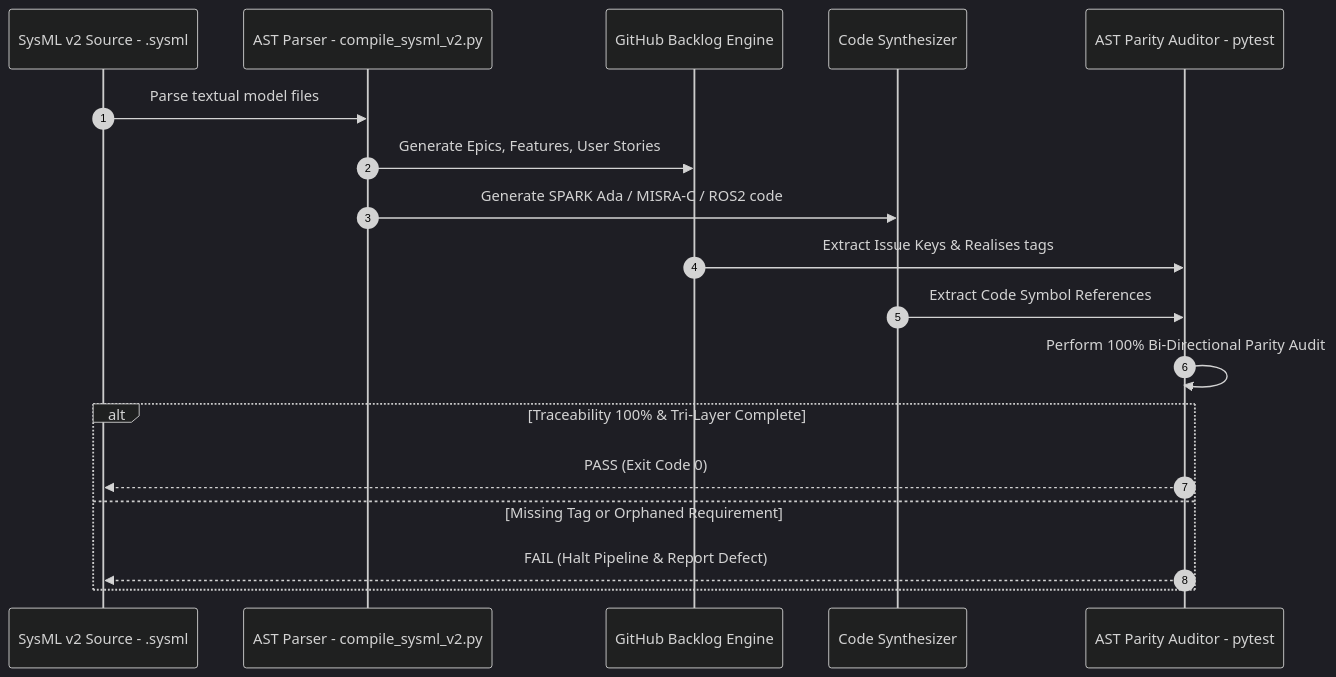
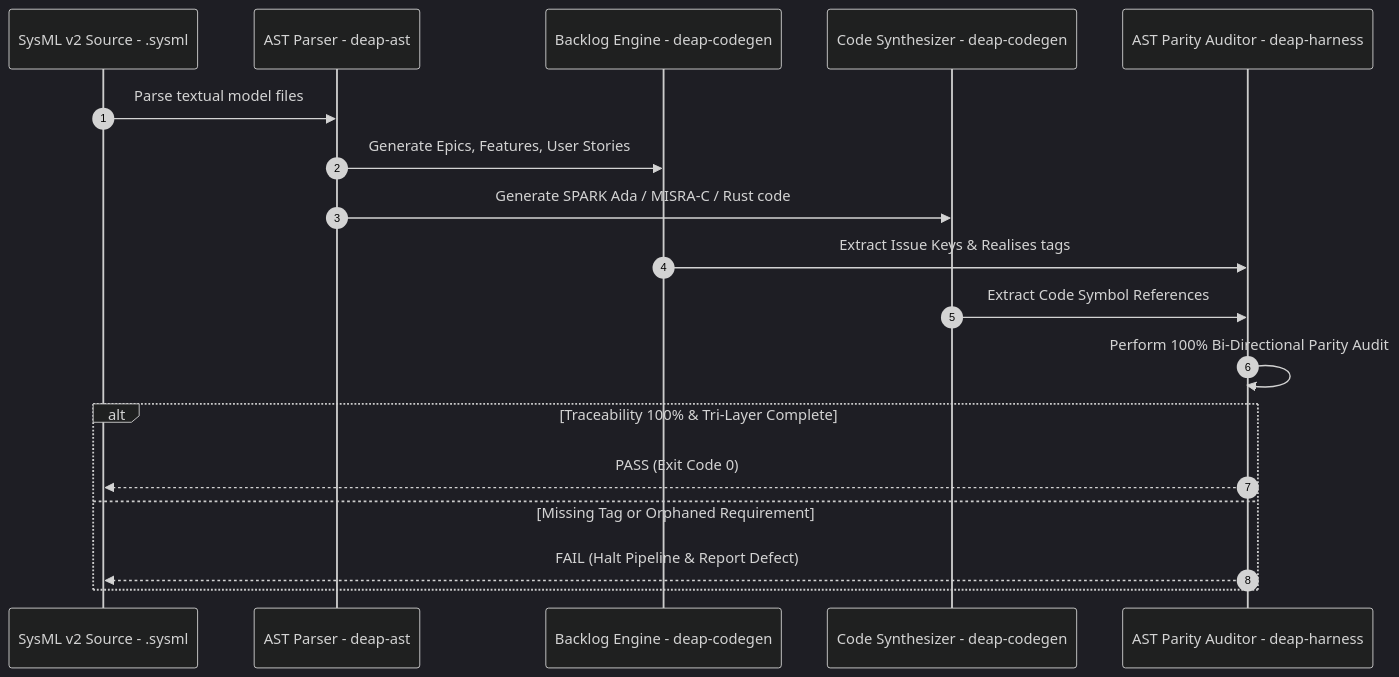
One commit to gintatkinson/DEAP01-spec-core changed the seventh of 8 diagrams in docs/architecture/blueprints/DEAP_SYSML_V2_INGESTION_ENGINE_BLUEPRINT.md. Above: the diagram before and after it, drawn with Mermaid (dark theme). The commit also changed other lines of this file and 34 other files, not shown here.

Commit message:
docs(architecture): decontaminate reference blueprints and establish master execution plan (refs #405, refs #406)

````diff
--- a/docs/architecture/blueprints/DEAP_SYSML_V2_INGESTION_ENGINE_BLUEPRINT.md
+++ b/docs/architecture/blueprints/DEAP_SYSML_V2_INGESTION_ENGINE_BLUEPRINT.md
@@ -347,21 +522,21 @@
 ```mermaid
 sequenceDiagram
     autonumber
     participant SysML as SysML v2 Source - .sysml
-    participant Parser as AST Parser - compile_sysml_v2.py
-    participant Backlog as GitHub Backlog Engine
-    participant Synthesizer as Code Synthesizer
-    participant Gate as AST Parity Auditor - pytest
+    participant Parser as AST Parser - deap-ast
+    participant Backlog as Backlog Engine - deap-codegen
+    participant Synthesizer as Code Synthesizer - deap-codegen
+    participant Gate as AST Parity Auditor - deap-harness
 
     SysML->>Parser: Parse textual model files
     Parser->>Backlog: Generate Epics, Features, User Stories
-    Parser->>Synthesizer: Generate SPARK Ada / MISRA-C / ROS2 code
+    Parser->>Synthesizer: Generate SPARK Ada / MISRA-C / Rust code
     Backlog->>Gate: Extract Issue Keys & Realises tags
     Synthesizer->>Gate: Extract Code Symbol References
     Gate->>Gate: Perform 100% Bi-Directional Parity Audit
     alt Traceability 100% & Tri-Layer Complete
         Gate-->>SysML: PASS (Exit Code 0)
     else Missing Tag or Orphaned Requirement
         Gate-->>SysML: FAIL (Halt Pipeline & Report Defect)
     end
 ```
````
